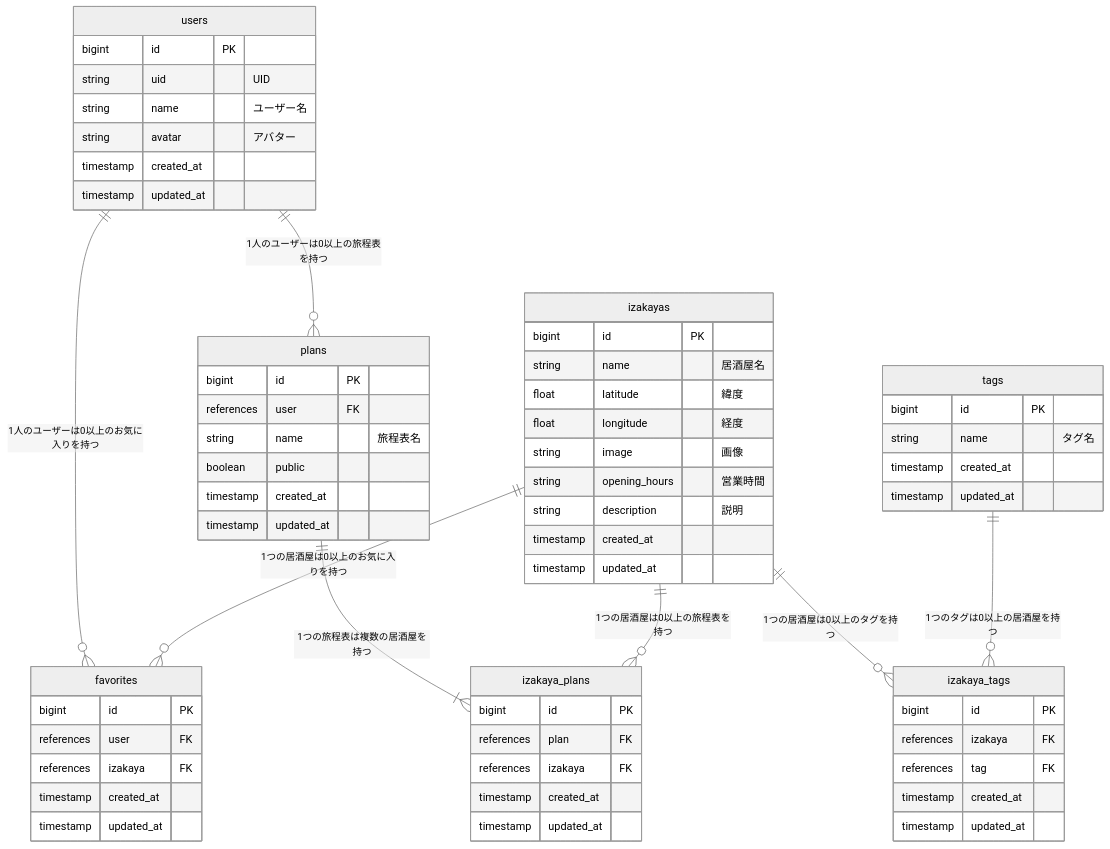
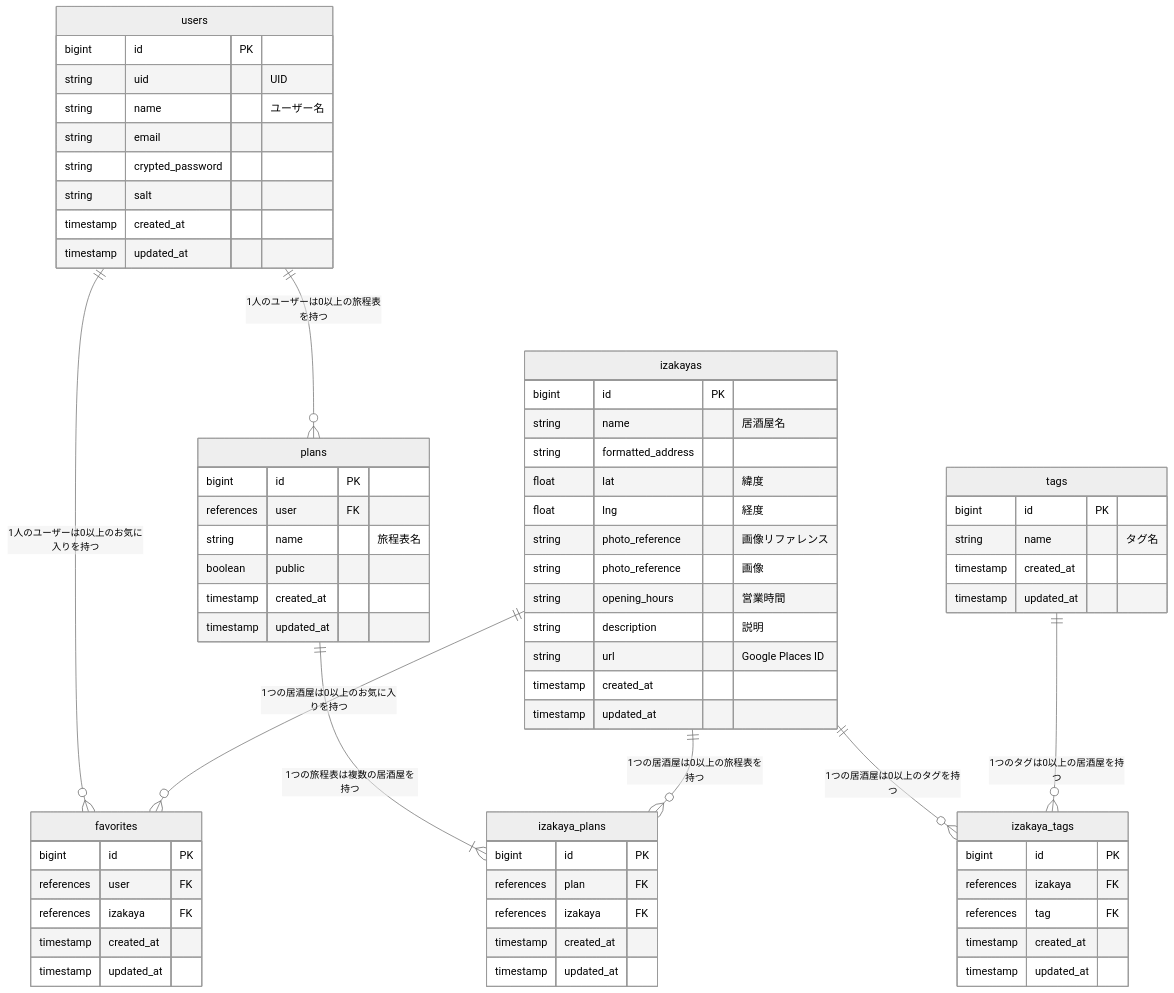
One commit to nao-enpg/Nishinari_Izakaya_Crawl changed the diagram in README.md. Above: the diagram before and after it, drawn with Mermaid (neutral theme). The commit also changed other lines of this file and 1 other file, not shown here.

Commit message:
README更新

````diff
--- a/README.md
+++ b/README.md
@@ -86,71 +82,76 @@
 ```mermaid
 erDiagram
   users ||--o{ favorites : "1人のユーザーは0以上のお気に入りを持つ"
   users ||--o{ plans : "1人のユーザーは0以上の旅程表を持つ"
   izakayas ||--o{ favorites : "1つの居酒屋は0以上のお気に入りを持つ"
   izakayas ||--o{ izakaya_tags : "1つの居酒屋は0以上のタグを持つ"
   tags ||--o{ izakaya_tags : "1つのタグは0以上の居酒屋を持つ"
   plans ||--|{ izakaya_plans : "1つの旅程表は複数の居酒屋を持つ"
   izakayas ||--o{ izakaya_plans : "1つの居酒屋は0以上の旅程表を持つ"
 
   users {
     bigint id PK
     string uid "UID"
     string name "ユーザー名"
-    string avatar "アバター"
+    string email
+    string crypted_password
+    string salt
     timestamp created_at
     timestamp updated_at
   }
 
   izakayas {
     bigint id PK
     string name "居酒屋名"
-    float latitude "緯度"
-    float longitude "経度"
-    string image "画像"
+    string formatted_address
+    float lat "緯度"
+    float lng "経度"
+    string photo_reference "画像リファレンス"
+    string photo_reference "画像"
     string opening_hours "営業時間"
     string description "説明"
+    string url "Google Places ID"
     timestamp created_at
     timestamp updated_at
   }
 
   tags {
     bigint id PK
     string name "タグ名"
     timestamp created_at
     timestamp updated_at
   }
 
   favorites {
     bigint id PK
     references user FK
     references izakaya FK
     timestamp created_at
     timestamp updated_at
   }
 
   plans {
     bigint id PK
     references user FK
     string name "旅程表名"
     boolean public
     timestamp created_at
     timestamp updated_at
   }
 
   izakaya_tags {
     bigint id PK
     references izakaya FK
     references tag FK
     timestamp created_at
     timestamp updated_at
   }
 
   izakaya_plans {
     bigint id PK
     references plan FK
     references izakaya FK
     timestamp created_at
     timestamp updated_at
   }
 ```
````
